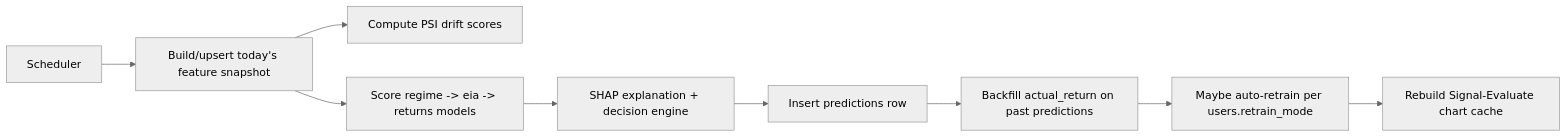
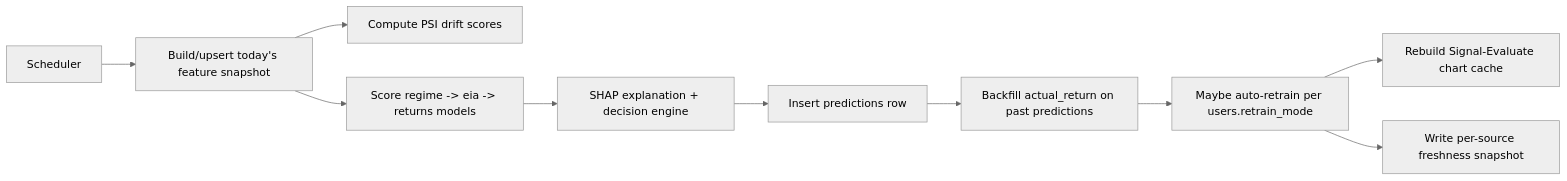
One commit to skang10/oil-signalyst changed the third of 4 diagrams in docs/architecture.md. Above: the diagram before and after it, drawn with Mermaid (neutral theme). The commit also changed 2 other files, not shown here.

Commit message:
docs: sync architecture docs with post-6 Jul backend changes
The architecture docs were last written at 6ae7047 (6 Jul); seven commits
landed after, six of them backend, leaving several claims wrong.

Most misleading: architecture-backend.md said the Data Monitor's
Data-Source-Status panel "reads the live registry". Since 2cbdf5a/210c367 it
reads an on-disk snapshot written off the request path - a live measurement
of every source takes ~20min cold. Rewrote that paragraph to describe
write_freshness_snapshot(), its two call sites (API lifespan + daily job),
the last-known-good merge, and the cold-boot bounded fallback; fixed the
ingestion mermaid diagram that showed the same stale edge.

Also:
- Add core/market/ (fetcher.py, series.py) to the module map - the whole
  Market Data serving path was absent, despite 396f434/c195dde touching it.
- Move auth/ out of api/ in the module map; it is a top-level package.
- Note main.py's second lifespan prewarm and jobs.py's snapshot write.
- Note load_features() column sorting from 3373ffc.
- Add config_paths.FRESHNESS_SNAPSHOT and lib/price-store.ts.

Each change verified against the code, not the commit messages.

````diff
--- a/docs/architecture.md
+++ b/docs/architecture.md
@@ -113,11 +113,12 @@
 ```mermaid
 flowchart LR
     Scheduler --> Snapshot[Build/upsert today's feature snapshot]
     Snapshot --> PSI[Compute PSI drift scores]
     Snapshot --> Predict[Score regime -> eia -> returns models]
     Predict --> Explain[SHAP explanation + decision engine]
     Explain --> Store[Insert predictions row]
     Store --> Backfill[Backfill actual_return on past predictions]
     Backfill --> AutoRetrain[Maybe auto-retrain per users.retrain_mode]
     AutoRetrain --> Prewarm[Rebuild Signal-Evaluate chart cache]
+    AutoRetrain --> Fresh[Write per-source freshness snapshot]
 ```
````
